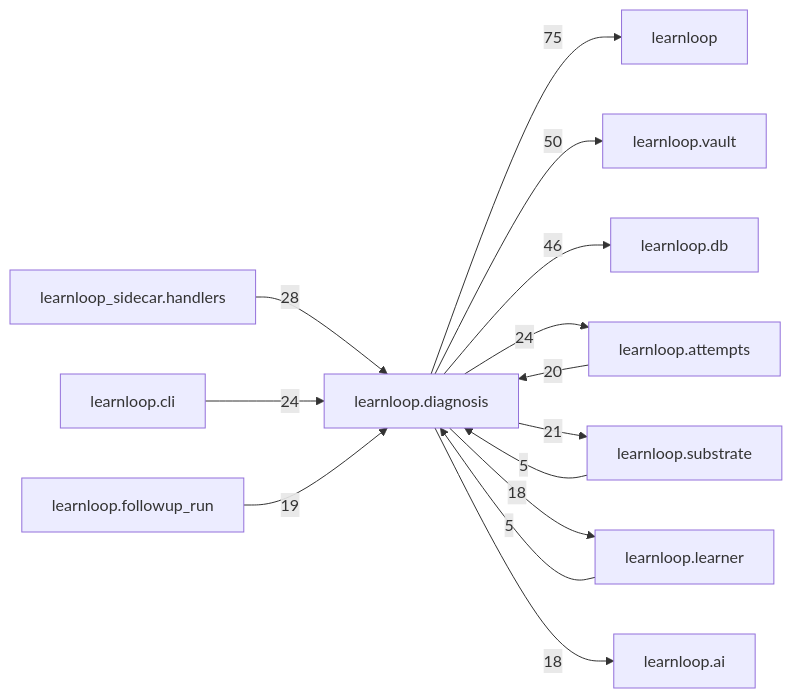
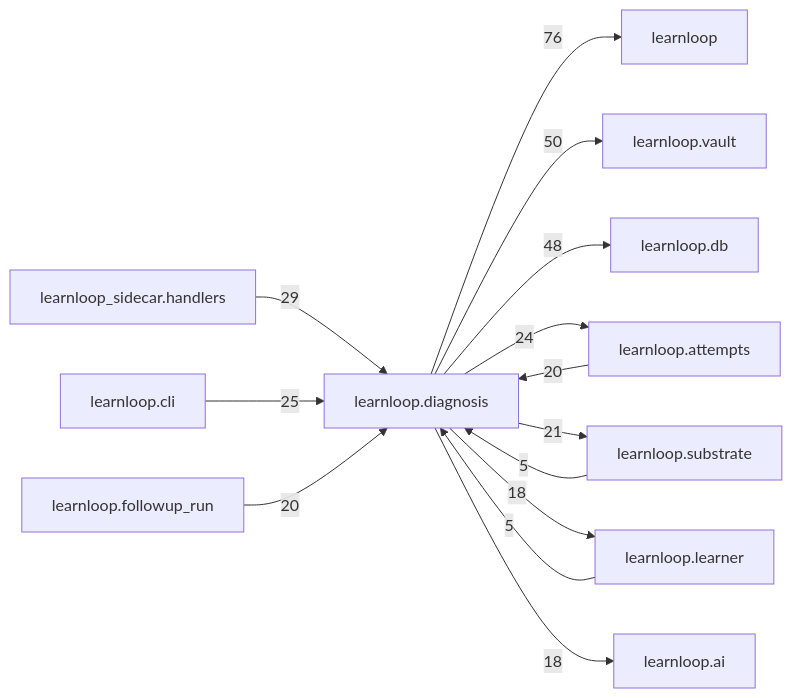
One commit to 6up-b/learnanything changed the diagram in docs/learnloop-architecture-vault/Reference/Modules/learnloop/diagnosis/_package.md. Above: the diagram before and after it, drawn with Mermaid. The commit also changed other lines of this file and 32 other files, not shown here.

````diff
--- a/docs/learnloop-architecture-vault/Reference/Modules/learnloop/diagnosis/_package.md
+++ b/docs/learnloop-architecture-vault/Reference/Modules/learnloop/diagnosis/_package.md
@@ -232,27 +238,27 @@
 ```mermaid
 flowchart LR
     center["learnloop.diagnosis"]
     n_learnloop["learnloop"]
     n_learnloop_vault["learnloop.vault"]
     n_learnloop_db["learnloop.db"]
     n_learnloop_attempts["learnloop.attempts"]
     n_learnloop_sidecar_handlers["learnloop_sidecar.handlers"]
     n_learnloop_substrate["learnloop.substrate"]
     n_learnloop_cli["learnloop.cli"]
     n_learnloop_learner["learnloop.learner"]
     n_learnloop_followup_run["learnloop.followup_run"]
     n_learnloop_ai["learnloop.ai"]
-    center -->|75| n_learnloop
+    center -->|76| n_learnloop
     center -->|50| n_learnloop_vault
-    center -->|46| n_learnloop_db
+    center -->|48| n_learnloop_db
     n_learnloop_attempts -->|20| center
     center -->|24| n_learnloop_attempts
-    n_learnloop_sidecar_handlers -->|28| center
+    n_learnloop_sidecar_handlers -->|29| center
     n_learnloop_substrate -->|5| center
     center -->|21| n_learnloop_substrate
-    n_learnloop_cli -->|24| center
+    n_learnloop_cli -->|25| center
     n_learnloop_learner -->|5| center
     center -->|18| n_learnloop_learner
-    n_learnloop_followup_run -->|19| center
+    n_learnloop_followup_run -->|20| center
     center -->|18| n_learnloop_ai
 ```
````
